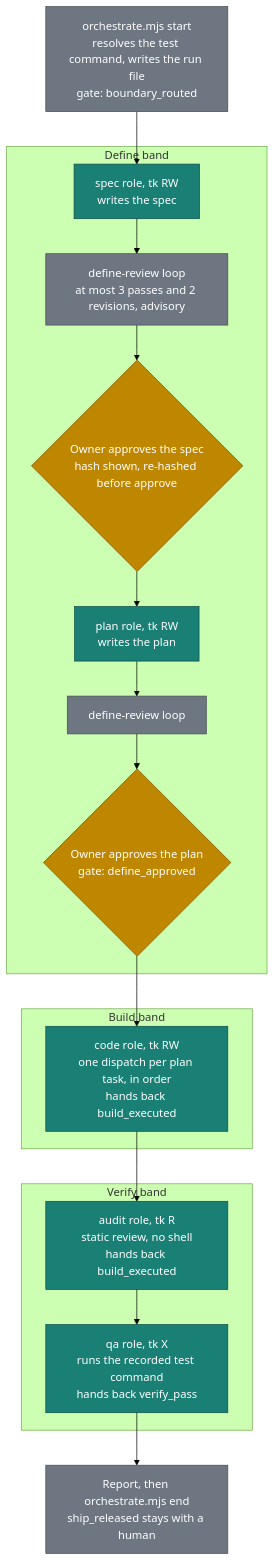
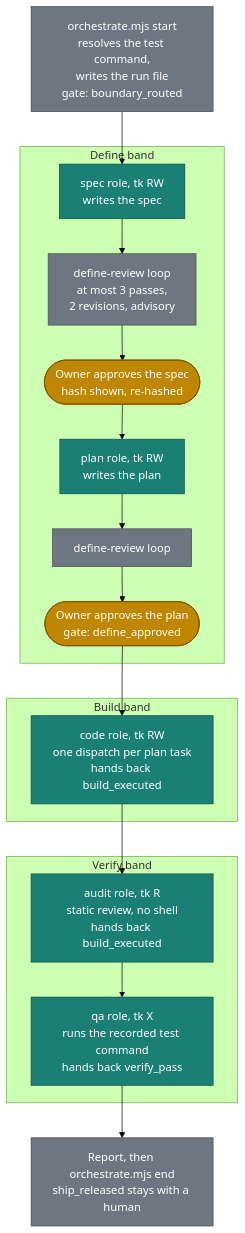
The second of 6 diagrams in .github/wiki/pages/C4-Components.md (yeisonrestrepo/code-conductor), drawn with Mermaid (forest theme) before and after one commit. The commit also changed other lines of this file and 1 other file, not shown here.

Commit message:
docs: render the orchestrator bands as a legible vertical flow
Approval steps become stadium nodes instead of diamonds, which Mermaid
inflated to fit their labels, and the SNAP handoff runs top to bottom so
its labels stay readable at wiki width.

````diff
--- a/.github/wiki/pages/C4-Components.md
+++ b/.github/wiki/pages/C4-Components.md
@@ -71,39 +71,39 @@
 ```mermaid
 flowchart TD
-  start["orchestrate.mjs start<br/>resolves the test command, writes the run file<br/>gate: boundary_routed"]
+  start["orchestrate.mjs start<br/>resolves the test command,<br/>writes the run file<br/>gate: boundary_routed"]
 
   subgraph define["Define band"]
     spec["spec role, tk RW<br/>writes the spec"]
-    rv1["define-review loop<br/>at most 3 passes and 2 revisions, advisory"]
-    ap1{"Owner approves the spec<br/>hash shown, re-hashed before approve"}
+    rv1["define-review loop<br/>at most 3 passes,<br/>2 revisions, advisory"]
+    ap1(["Owner approves the spec<br/>hash shown, re-hashed"])
     plan["plan role, tk RW<br/>writes the plan"]
     rv2["define-review loop"]
-    ap2{"Owner approves the plan<br/>gate: define_approved"}
+    ap2(["Owner approves the plan<br/>gate: define_approved"])
     spec --> rv1 --> ap1 --> plan --> rv2 --> ap2
   end
 
   subgraph build["Build band"]
-    code["code role, tk RW<br/>one dispatch per plan task, in order<br/>hands back build_executed"]
+    code["code role, tk RW<br/>one dispatch per plan task<br/>hands back build_executed"]
   end
 
   subgraph verify["Verify band"]
     audit["audit role, tk R<br/>static review, no shell<br/>hands back build_executed"]
     qa["qa role, tk X<br/>runs the recorded test command<br/>hands back verify_pass"]
     audit --> qa
   end
 
   report["Report, then orchestrate.mjs end<br/>ship_released stays with a human"]
 
   start --> spec
   ap2 --> code
   code --> audit
   qa --> report
 
   classDef role fill:#1a7f74,stroke:#0d4d46,color:#ffffff
   classDef gate fill:#bf8700,stroke:#7d4e00,color:#ffffff
   classDef ext fill:#6e7781,stroke:#424a53,color:#ffffff
   class spec,plan,code,audit,qa role
   class rv1,rv2 ext
   class ap1,ap2 gate
   class start,report ext
 ```
````
